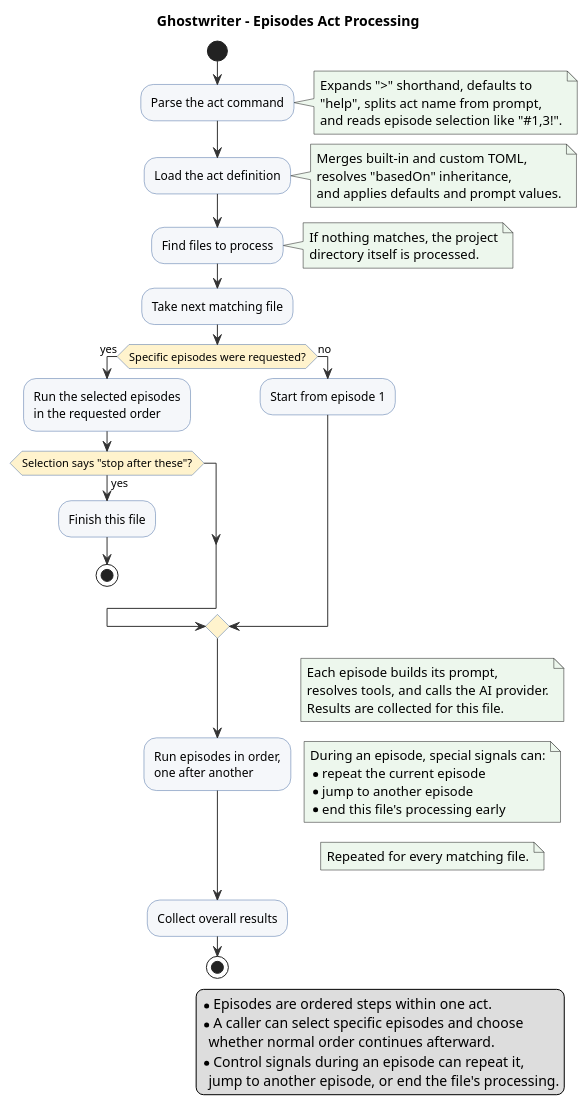
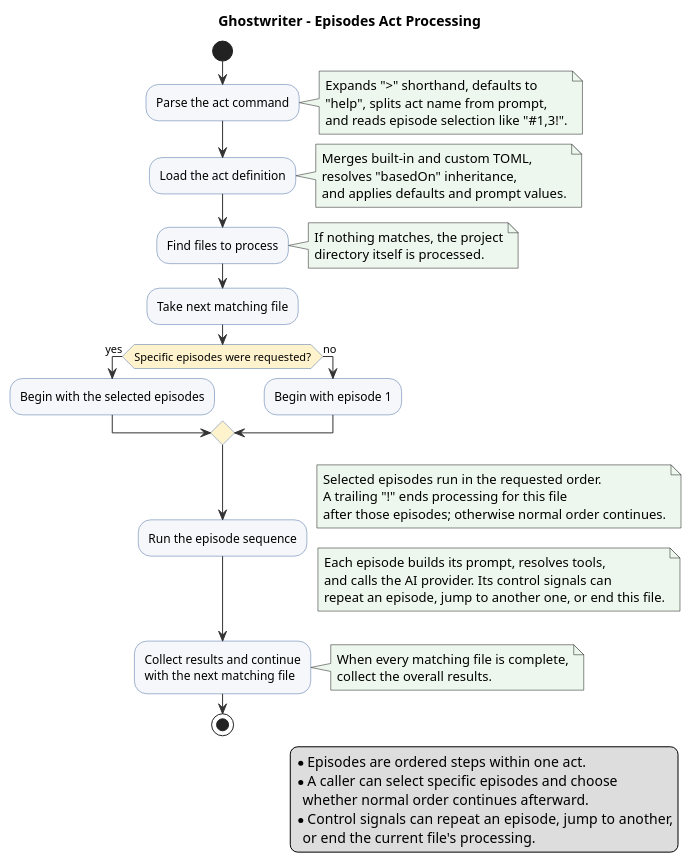
Before and after one commit to machanism-org/machai: the diagram in ghostwriter/src/site/puml/episodes-act-processing.puml, drawn with PlantUML. The commit also changed 76 other files, not shown here.

```diff
--- a/ghostwriter/src/site/puml/episodes-act-processing.puml
+++ b/ghostwriter/src/site/puml/episodes-act-processing.puml
@@ -1,81 +1,75 @@
 @startuml
 ' @guidance:
 ' Create or update the PlantUML diagram describing the Episodes Act processing flow.
 ' Keep this diagram simple: a short linear flow with minimal partitions,
 ' one decision point, and explanatory notes instead of nested detail.
 
 
 title Ghostwriter - Episodes Act Processing
 
 skinparam ArrowColor #333333
 skinparam ActivityBackgroundColor #F5F7FA
 skinparam ActivityBorderColor #4A6FA5
 skinparam ActivityDiamondBackgroundColor #FFF3CD
 skinparam NoteBackgroundColor #EDF7ED
 
 start
 
 :Parse the act command;
 note right
   Expands ">" shorthand, defaults to
   "help", splits act name from prompt,
   and reads episode selection like "#1,3!".
 end note
 
 :Load the act definition;
 note right
   Merges built-in and custom TOML,
   resolves "basedOn" inheritance,
   and applies defaults and prompt values.
 end note
 
 :Find files to process;
 note right
   If nothing matches, the project
   directory itself is processed.
 end note
 
 :Take next matching file;
 
 if (Specific episodes were requested?) then (yes)
-  :Run the selected episodes
-  in the requested order;
-  if (Selection says "stop after these"?) then (yes)
-    :Finish this file;
-    stop
-  endif
+  :Begin with the selected episodes;
 else (no)
-  :Start from episode 1;
+  :Begin with episode 1;
 endif
 
-:Run episodes in order,
-one after another;
+:Run the episode sequence;
 note right
-  Each episode builds its prompt,
-  resolves tools, and calls the AI provider.
-  Results are collected for this file.
+  Selected episodes run in the requested order.
+  A trailing "!" ends processing for this file
+  after those episodes; otherwise normal order continues.
 end note
 
 note right
-  During an episode, special signals can:
-  * repeat the current episode
-  * jump to another episode
-  * end this file's processing early
+  Each episode builds its prompt, resolves tools,
+  and calls the AI provider. Its control signals can
+  repeat an episode, jump to another one, or end this file.
 end note
 
+:Collect results and continue
+with the next matching file;
 note right
-  Repeated for every matching file.
+  When every matching file is complete,
+  collect the overall results.
 end note
-
-:Collect overall results;
 
 stop
 
 legend right
   * Episodes are ordered steps within one act.
   * A caller can select specific episodes and choose
     whether normal order continues afterward.
-  * Control signals during an episode can repeat it,
-    jump to another episode, or end the file's processing.
+  * Control signals can repeat an episode, jump to another,
+    or end the current file's processing.
 endlegend
 @enduml
```
